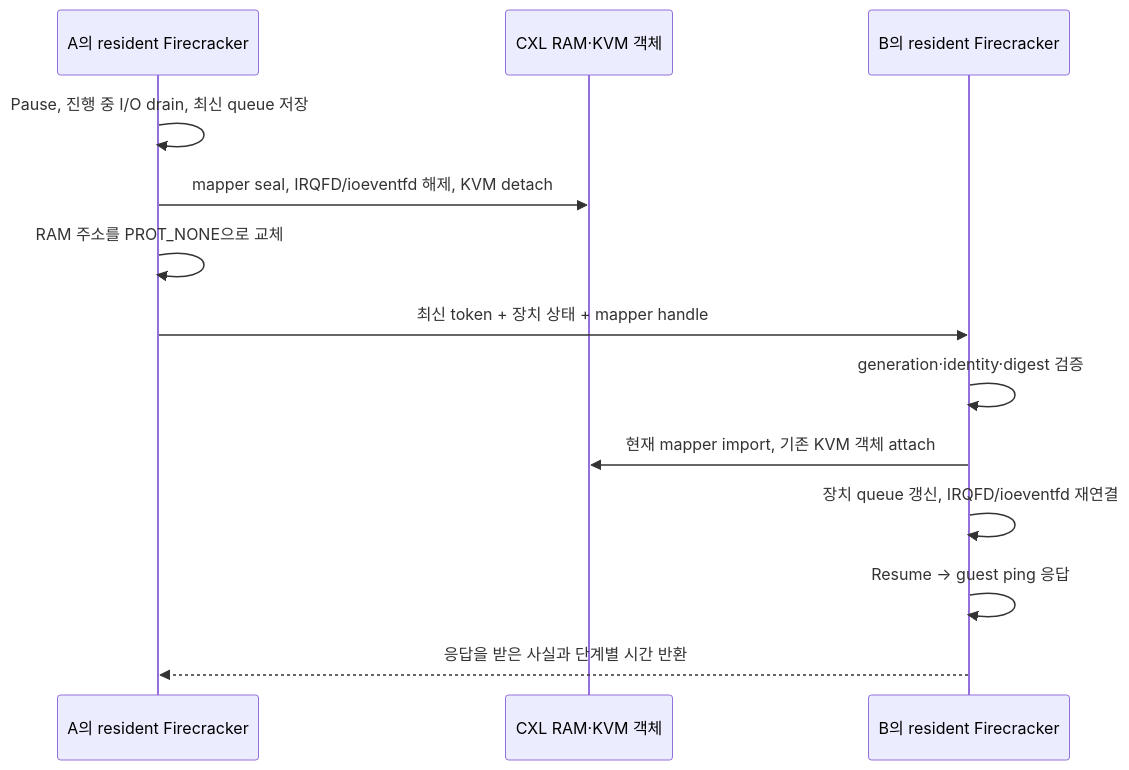
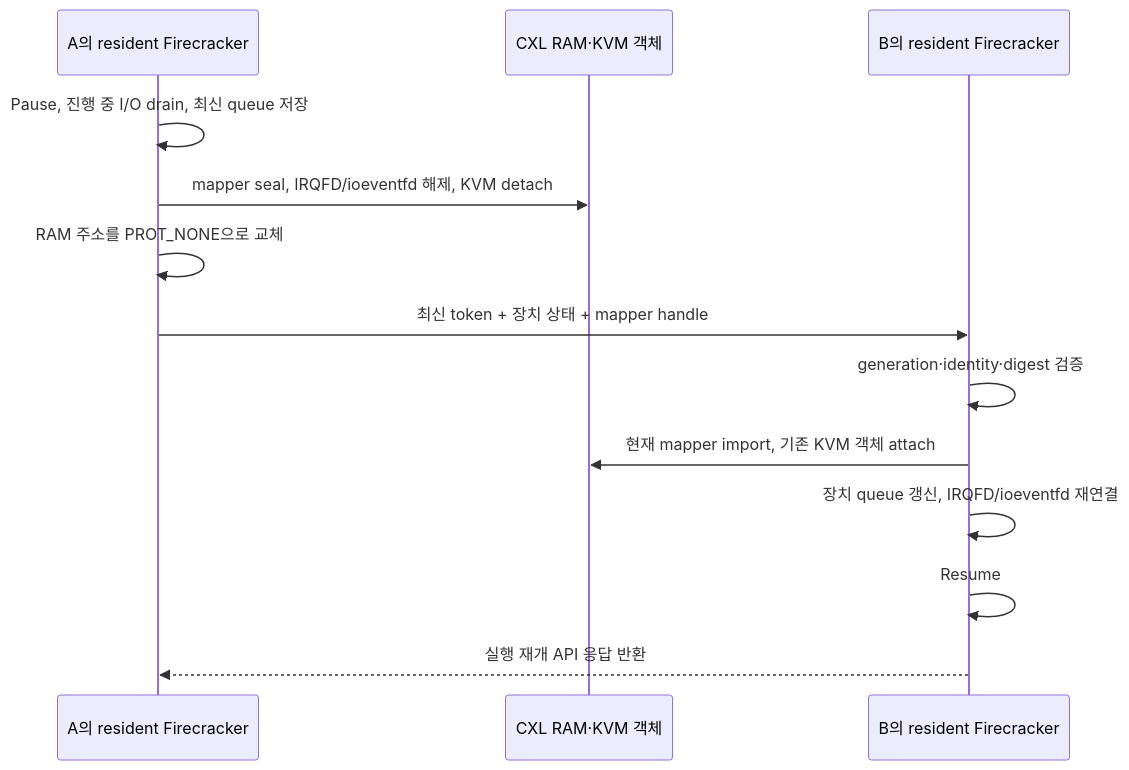
One commit to zktsd813/agent-sandbox-cxl changed the diagram in docs/cxl-resident-direct.md. Above: the diagram before and after it, drawn with Mermaid. The commit also changed other lines of this file and 32 other files, not shown here.

````diff
--- a/docs/cxl-resident-direct.md
+++ b/docs/cxl-resident-direct.md
@@ -28,15 +28,15 @@
 ```mermaid
 sequenceDiagram
     participant A as A의 resident Firecracker
     participant C as CXL RAM·KVM 객체
     participant B as B의 resident Firecracker
     A->>A: Pause, 진행 중 I/O drain, 최신 queue 저장
     A->>C: mapper seal, IRQFD/ioeventfd 해제, KVM detach
     A->>A: RAM 주소를 PROT_NONE으로 교체
     A->>B: 최신 token + 장치 상태 + mapper handle
     B->>B: generation·identity·digest 검증
     B->>C: 현재 mapper import, 기존 KVM 객체 attach
     B->>B: 장치 queue 갱신, IRQFD/ioeventfd 재연결
-    B->>B: Resume → guest ping 응답
-    B-->>A: 응답을 받은 사실과 단계별 시간 반환
+    B->>B: Resume
+    B-->>A: 실행 재개 API 응답 반환
 ```
````
